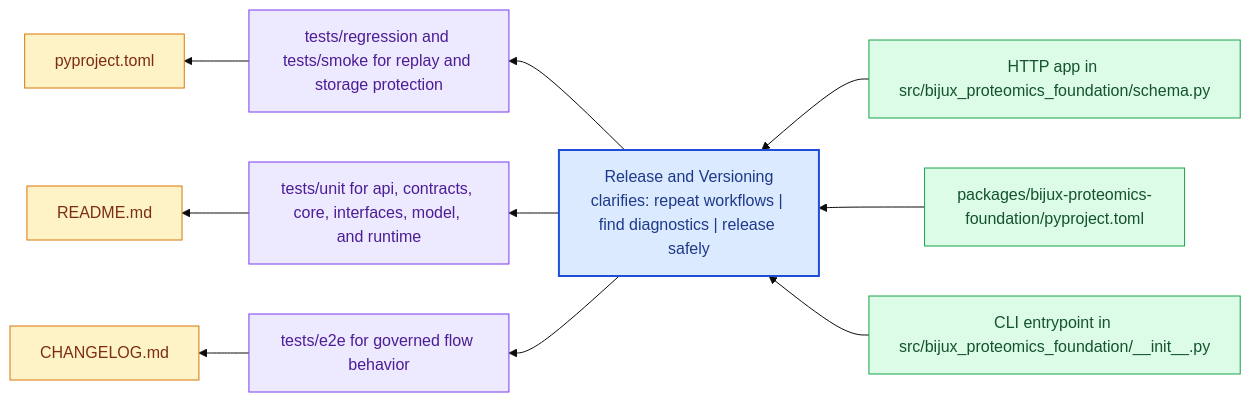
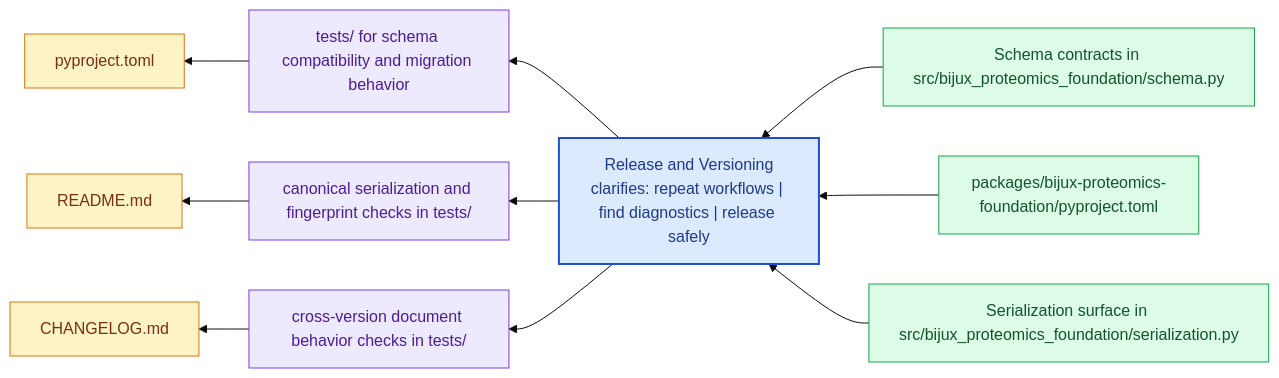
One commit to bijux/bijux-proteomics changed the diagram in docs/bijux-proteomics-foundation/operations/release-and-versioning.md. Above: the diagram before and after it, drawn with Mermaid (base theme). The commit also changed other lines of this file, not shown here.

Commit message:
docs(foundation): align release guidance with real version and test model

````diff
--- a/docs/bijux-proteomics-foundation/operations/release-and-versioning.md
+++ b/docs/bijux-proteomics-foundation/operations/release-and-versioning.md
@@ -23,31 +23,31 @@
 ```mermaid
 flowchart RL
     page["Release and Versioning<br/>clarifies: repeat workflows | find diagnostics | release safely"]
     classDef page fill:#dbeafe,stroke:#1d4ed8,color:#1e3a8a,stroke-width:2px;
     classDef positive fill:#dcfce7,stroke:#16a34a,color:#14532d;
     classDef caution fill:#fee2e2,stroke:#dc2626,color:#7f1d1d;
     classDef anchor fill:#ede9fe,stroke:#7c3aed,color:#4c1d95;
     classDef action fill:#fef3c7,stroke:#d97706,color:#7c2d12;
-    step1["HTTP app in src/bijux_proteomics_foundation/schema.py"]
+    step1["Schema contracts in src/bijux_proteomics_foundation/schema.py"]
     step1 --> page
     step2["packages/bijux-proteomics-foundation/pyproject.toml"]
     step2 --> page
-    step3["CLI entrypoint in src/bijux_proteomics_foundation/__init__.py"]
+    step3["Serialization surface in src/bijux_proteomics_foundation/serialization.py"]
     step3 --> page
-    run1["tests/regression and tests/smoke for replay and storage protection"]
+    run1["tests/ for schema compatibility and migration behavior"]
     page --> run1
-    run2["tests/unit for api, contracts, core, interfaces, model, and runtime"]
+    run2["canonical serialization and fingerprint checks in tests/"]
     page --> run2
-    run3["tests/e2e for governed flow behavior"]
+    run3["cross-version document behavior checks in tests/"]
     page --> run3
     release1["pyproject.toml"]
     run1 --> release1
     release2["README.md"]
     run2 --> release2
     release3["CHANGELOG.md"]
     run3 --> release3
     class page page;
     class step1,step2,step3 positive;
     class run1,run2,run3 anchor;
     class release1,release2,release3 action;
 ```
````
